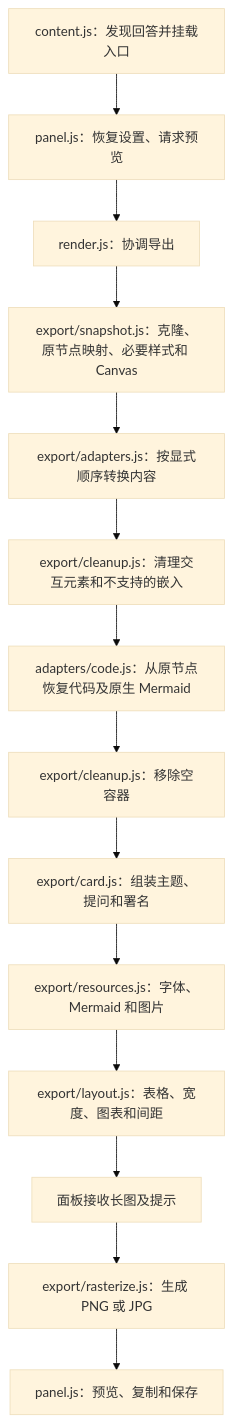
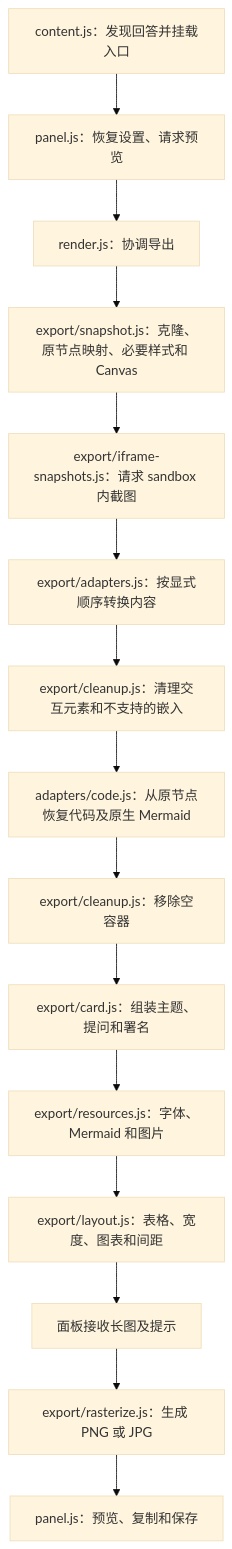
The diagram in ARCHITECTURE.md (KangweiLIAO/answer-imagifier), drawn with Mermaid (base theme) before and after one commit. The commit also changed other lines of this file and 14 other files, not shown here.

Commit message:
Capture sandbox visualizations as static export images

````diff
--- a/ARCHITECTURE.md
+++ b/ARCHITECTURE.md
@@ -7,16 +7,17 @@
 ```mermaid
 flowchart TD
     A[content.js：发现回答并挂载入口] --> B[panel.js：恢复设置、请求预览]
     B --> C[render.js：协调导出]
     C --> D[export/snapshot.js：克隆、原节点映射、必要样式和 Canvas]
-    D --> E[export/adapters.js：按显式顺序转换内容]
+    D --> DS[export/iframe-snapshots.js：请求 sandbox 内截图]
+    DS --> E[export/adapters.js：按显式顺序转换内容]
     E --> F[export/cleanup.js：清理交互元素和不支持的嵌入]
     F --> G[adapters/code.js：从原节点恢复代码及原生 Mermaid]
     G --> H[export/cleanup.js：移除空容器]
     H --> I[export/card.js：组装主题、提问和署名]
     I --> J[export/resources.js：字体、Mermaid 和图片]
     J --> K[export/layout.js：表格、宽度、图表和间距]
     K --> L[面板接收长图及提示]
     L --> M[export/rasterize.js：生成 PNG 或 JPG]
     M --> N[panel.js：预览、复制和保存]
 ```
````
